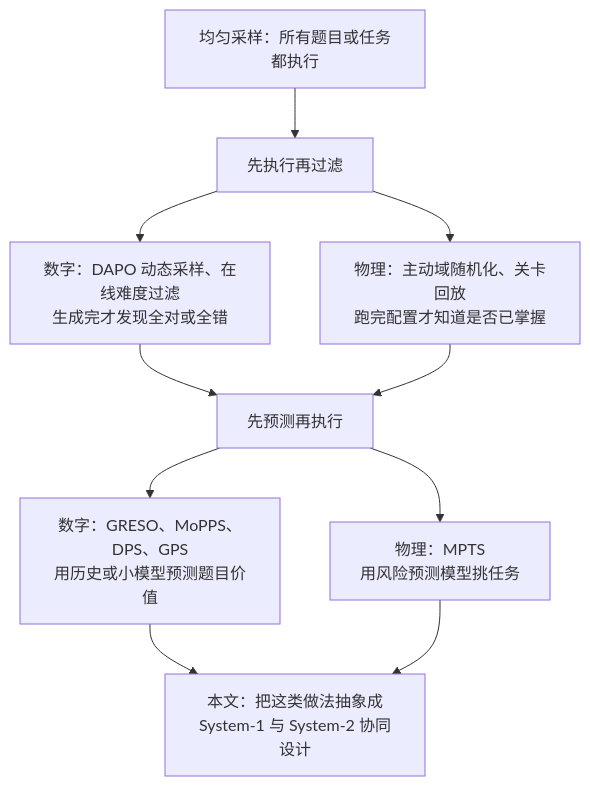
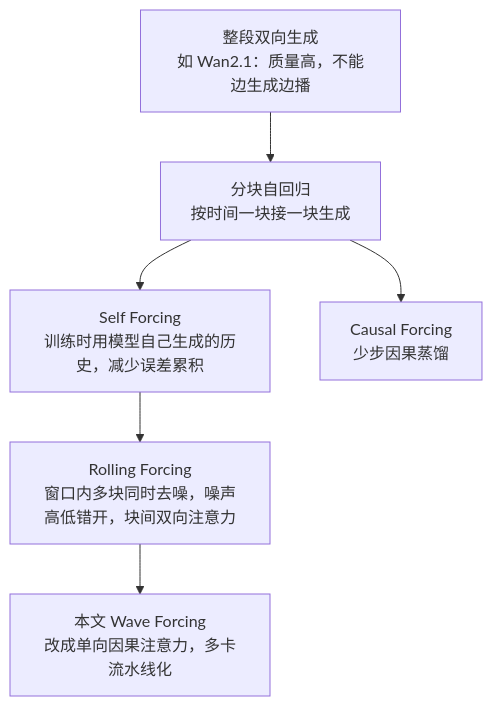
The first of 4 diagrams in docs/index.md (yingwang/paper-reads), drawn with Mermaid before and after one commit. The commit also changed other lines of this file and 2 other files, not shown here.

First line of the commit message:
Add 2026-11-03-wave-forcing-streaming-video-generation

````diff
--- a/docs/index.md
+++ b/docs/index.md
@@ -85,12 +72,8 @@
 ```mermaid
 flowchart TD
-    A["均匀采样：所有题目或任务都执行"] --> B["先执行再过滤"]
-    B --> B1["数字：DAPO 动态采样、在线难度过滤<br/>生成完才发现全对或全错"]
-    B --> B2["物理：主动域随机化、关卡回放<br/>跑完配置才知道是否已掌握"]
-    B1 --> C["先预测再执行"]
-    B2 --> C
-    C --> C1["数字：GRESO、MoPPS、DPS、GPS<br/>用历史或小模型预测题目价值"]
-    C --> C2["物理：MPTS<br/>用风险预测模型挑任务"]
-    C1 --> D["本文：把这类做法抽象成<br/>System-1 与 System-2 协同设计"]
-    C2 --> D
+    A["整段双向生成<br/>如 Wan2.1：质量高，不能边生成边播"] --> B["分块自回归<br/>按时间一块接一块生成"]
+    B --> C["Self Forcing<br/>训练时用模型自己生成的历史，减少误差累积"]
+    B --> D["Causal Forcing<br/>少步因果蒸馏"]
+    C --> E["Rolling Forcing<br/>窗口内多块同时去噪，噪声高低错开，块间双向注意力"]
+    E --> F["本文 Wave Forcing<br/>改成单向因果注意力，多卡流水线化"]
 ```
````
